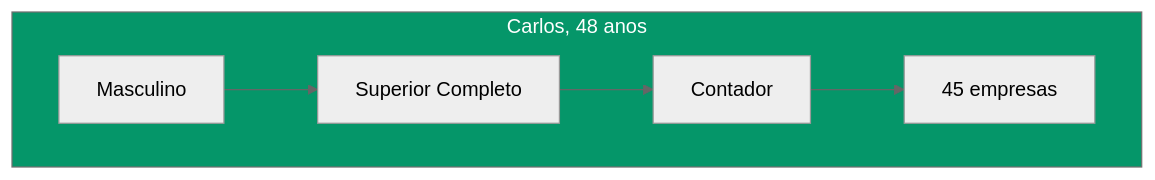
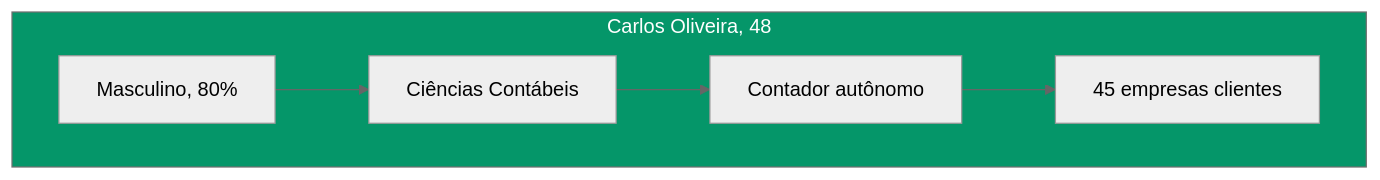
Before and after one commit to matheusmendes720/workconnect-tcc: the eighth of 11 diagrams in documentation/docs/estrategia/personas.mdx, drawn with Mermaid (neutral theme). The commit also changed other lines of this file and 16 other files, not shown here.

````diff
--- a/documentation/docs/estrategia/personas.mdx
+++ b/documentation/docs/estrategia/personas.mdx
@@ -237,10 +254,10 @@
 ```mermaid
 graph TD
-    subgraph PERFIL["Carlos, 48 anos"]
-        A["Masculino"] --> B["Superior Completo"]
-        B --> C["Contador"]
-        C --> D["45 empresas"]
+    subgraph PERFIL["Carlos Oliveira, 48"]
+        A[Masculino, 80%] --> B[Ciências Contábeis]
+        B --> C[Contador autônomo]
+        C --> D[45 empresas clientes]
     end
-    
+
     style PERFIL fill:#059669,color:#fff
 ```
````
